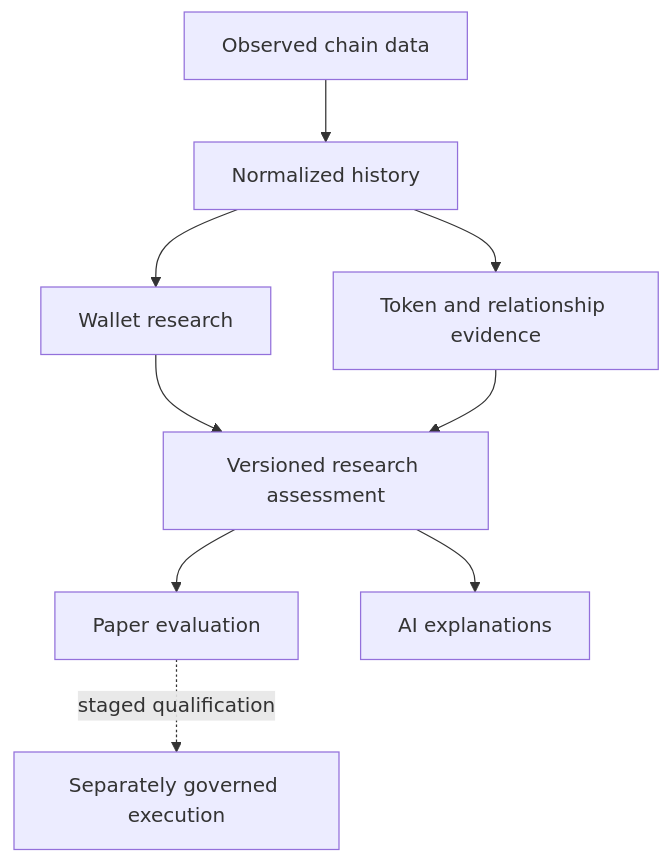
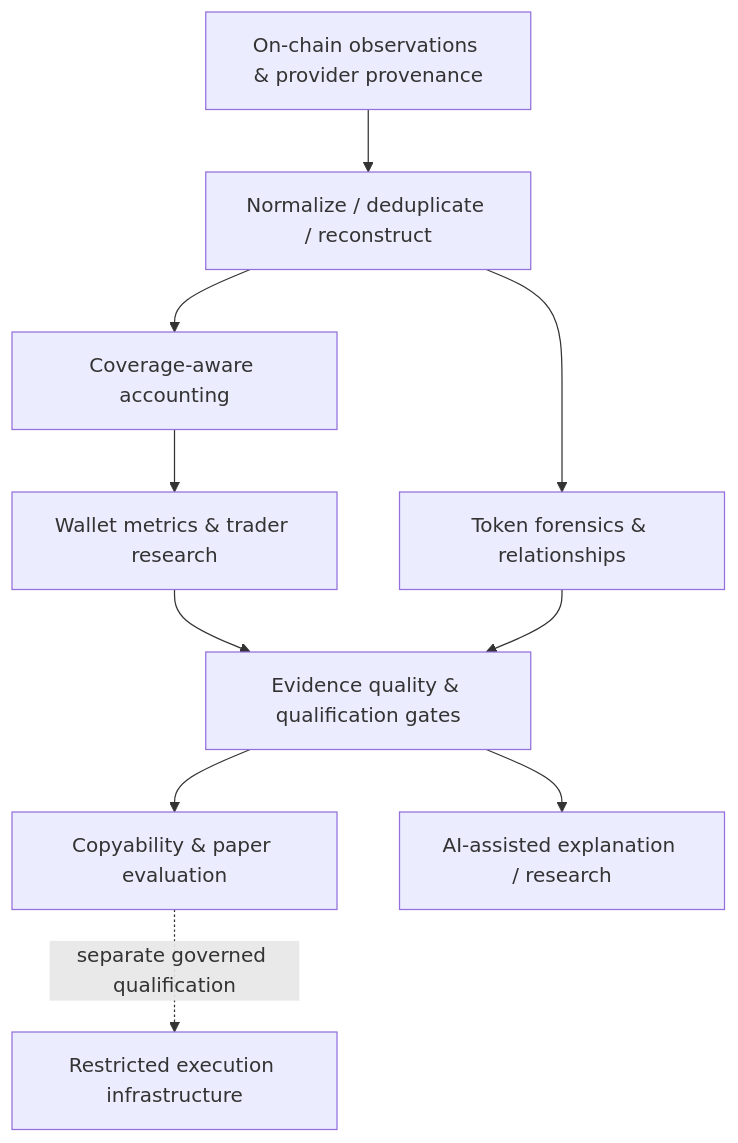
Before and after one commit to darealrektrush/darealrektrush: the diagram in case-studies/shadow.md, drawn with Mermaid. The commit also changed other lines of this file, not shown here.

Commit message:
docs(case-study): expand shadow architecture and evidence

````diff
--- a/case-studies/shadow.md
+++ b/case-studies/shadow.md
@@ -34,11 +25,12 @@
 ```mermaid
 flowchart TD
-    D["Observed chain data"] --> H["Normalized history"]
-    H --> W["Wallet research"]
-    H --> T["Token and relationship evidence"]
-    W --> R["Versioned research assessment"]
-    T --> R
-    R --> P["Paper evaluation"]
-    R --> A["AI explanations"]
-    P -. "staged qualification" .-> E["Separately governed execution"]
+  D["On-chain observations & provider provenance"] --> N["Normalize / deduplicate / reconstruct"]
+  N --> A["Coverage-aware accounting"]
+  A --> W["Wallet metrics & trader research"]
+  N --> F["Token forensics & relationships"]
+  W --> Q["Evidence quality & qualification gates"]
+  F --> Q
+  Q --> P["Copyability & paper evaluation"]
+  Q --> I["AI-assisted explanation / research"]
+  P -. "separate governed qualification" .-> X["Restricted execution infrastructure"]
 ```
````
